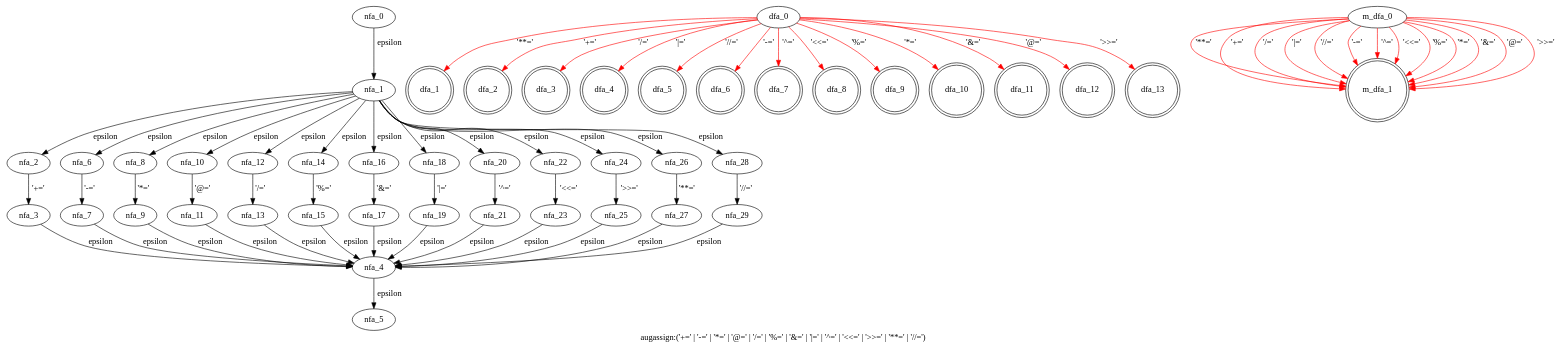
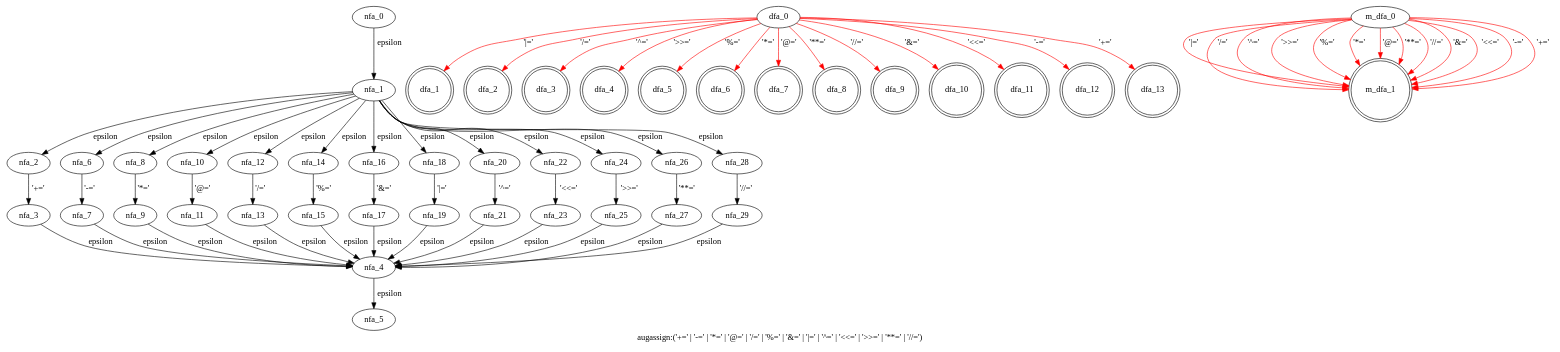
The diagram in cpython/grammar/handwrite/nfa_dfas/19.augassign.dot (WinChua/blog), drawn with Graphviz before and after one commit. The commit also changed 47 other files, not shown here.

```diff
--- a/cpython/grammar/handwrite/nfa_dfas/19.augassign.dot
+++ b/cpython/grammar/handwrite/nfa_dfas/19.augassign.dot
@@ -1,90 +1,90 @@
 digraph augassign {
  graph[label="augassign:('+=' | '-=' | '*=' | '@=' | '/=' | '%=' | '&=' | '|=' | '^=' | '<<=' | '>>=' | '**=' | '//=')"]
  subgraph augassign_nfa {
   nfa_0->nfa_1[label="epsilon"]
   nfa_1->nfa_2[label="epsilon"]
   nfa_2->nfa_3[label="'+='"]
   nfa_3->nfa_4[label="epsilon"]
   nfa_4->nfa_5[label="epsilon"]
   nfa_1->nfa_6[label="epsilon"]
   nfa_6->nfa_7[label="'-='"]
   nfa_7->nfa_4[label="epsilon"]
   nfa_1->nfa_8[label="epsilon"]
   nfa_8->nfa_9[label="'*='"]
   nfa_9->nfa_4[label="epsilon"]
   nfa_1->nfa_10[label="epsilon"]
   nfa_10->nfa_11[label="'@='"]
   nfa_11->nfa_4[label="epsilon"]
   nfa_1->nfa_12[label="epsilon"]
   nfa_12->nfa_13[label="'/='"]
   nfa_13->nfa_4[label="epsilon"]
   nfa_1->nfa_14[label="epsilon"]
   nfa_14->nfa_15[label="'%='"]
   nfa_15->nfa_4[label="epsilon"]
   nfa_1->nfa_16[label="epsilon"]
   nfa_16->nfa_17[label="'&='"]
   nfa_17->nfa_4[label="epsilon"]
   nfa_1->nfa_18[label="epsilon"]
   nfa_18->nfa_19[label="'|='"]
   nfa_19->nfa_4[label="epsilon"]
   nfa_1->nfa_20[label="epsilon"]
   nfa_20->nfa_21[label="'^='"]
   nfa_21->nfa_4[label="epsilon"]
   nfa_1->nfa_22[label="epsilon"]
   nfa_22->nfa_23[label="'<<='"]
   nfa_23->nfa_4[label="epsilon"]
   nfa_1->nfa_24[label="epsilon"]
   nfa_24->nfa_25[label="'>>='"]
   nfa_25->nfa_4[label="epsilon"]
   nfa_1->nfa_26[label="epsilon"]
   nfa_26->nfa_27[label="'**='"]
   nfa_27->nfa_4[label="epsilon"]
   nfa_1->nfa_28[label="epsilon"]
   nfa_28->nfa_29[label="'//='"]
   nfa_29->nfa_4[label="epsilon"]
   }
  subgraph augassign_dfa {
-  dfa_0->dfa_1[label="'**='",color=red]
-  dfa_0->dfa_2[label="'+='",color=red]
-  dfa_0->dfa_3[label="'/='",color=red]
-  dfa_0->dfa_4[label="'|='",color=red]
-  dfa_0->dfa_5[label="'//='",color=red]
-  dfa_0->dfa_6[label="'-='",color=red]
-  dfa_0->dfa_7[label="'^='",color=red]
-  dfa_0->dfa_8[label="'<<='",color=red]
-  dfa_0->dfa_9[label="'%='",color=red]
-  dfa_0->dfa_10[label="'*='",color=red]
-  dfa_0->dfa_11[label="'&='",color=red]
-  dfa_0->dfa_12[label="'@='",color=red]
-  dfa_0->dfa_13[label="'>>='",color=red]
+  dfa_0->dfa_1[label="'|='",color=red]
+  dfa_0->dfa_2[label="'/='",color=red]
+  dfa_0->dfa_3[label="'^='",color=red]
+  dfa_0->dfa_4[label="'>>='",color=red]
+  dfa_0->dfa_5[label="'%='",color=red]
+  dfa_0->dfa_6[label="'*='",color=red]
+  dfa_0->dfa_7[label="'@='",color=red]
+  dfa_0->dfa_8[label="'**='",color=red]
+  dfa_0->dfa_9[label="'//='",color=red]
+  dfa_0->dfa_10[label="'&='",color=red]
+  dfa_0->dfa_11[label="'<<='",color=red]
+  dfa_0->dfa_12[label="'-='",color=red]
+  dfa_0->dfa_13[label="'+='",color=red]
   dfa_1[shape=doublecircle]
   dfa_2[shape=doublecircle]
   dfa_3[shape=doublecircle]
   dfa_4[shape=doublecircle]
   dfa_5[shape=doublecircle]
   dfa_6[shape=doublecircle]
   dfa_7[shape=doublecircle]
   dfa_8[shape=doublecircle]
   dfa_9[shape=doublecircle]
   dfa_10[shape=doublecircle]
   dfa_11[shape=doublecircle]
   dfa_12[shape=doublecircle]
   dfa_13[shape=doublecircle]
   }
  subgraph augassign_m_dfa {
-  m_dfa_0->m_dfa_1[label="'**='",color=red]
-  m_dfa_0->m_dfa_1[label="'+='",color=red]
+  m_dfa_0->m_dfa_1[label="'|='",color=red]
   m_dfa_0->m_dfa_1[label="'/='",color=red]
-  m_dfa_0->m_dfa_1[label="'|='",color=red]
-  m_dfa_0->m_dfa_1[label="'//='",color=red]
-  m_dfa_0->m_dfa_1[label="'-='",color=red]
   m_dfa_0->m_dfa_1[label="'^='",color=red]
-  m_dfa_0->m_dfa_1[label="'<<='",color=red]
+  m_dfa_0->m_dfa_1[label="'>>='",color=red]
   m_dfa_0->m_dfa_1[label="'%='",color=red]
   m_dfa_0->m_dfa_1[label="'*='",color=red]
+  m_dfa_0->m_dfa_1[label="'@='",color=red]
+  m_dfa_0->m_dfa_1[label="'**='",color=red]
+  m_dfa_0->m_dfa_1[label="'//='",color=red]
   m_dfa_0->m_dfa_1[label="'&='",color=red]
-  m_dfa_0->m_dfa_1[label="'@='",color=red]
-  m_dfa_0->m_dfa_1[label="'>>='",color=red]
+  m_dfa_0->m_dfa_1[label="'<<='",color=red]
+  m_dfa_0->m_dfa_1[label="'-='",color=red]
+  m_dfa_0->m_dfa_1[label="'+='",color=red]
   m_dfa_1[shape=doublecircle]
   }
 }
```
